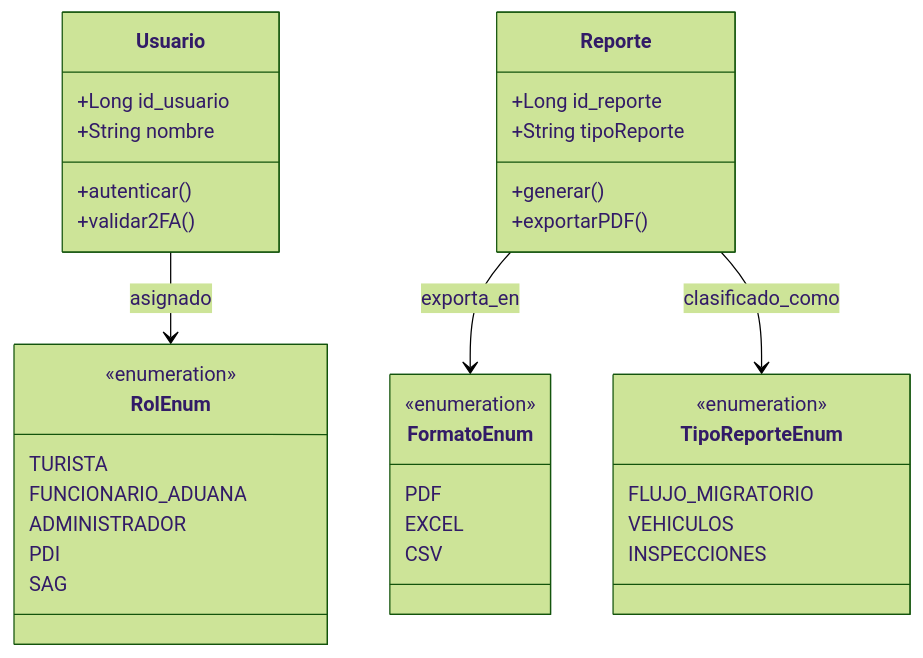
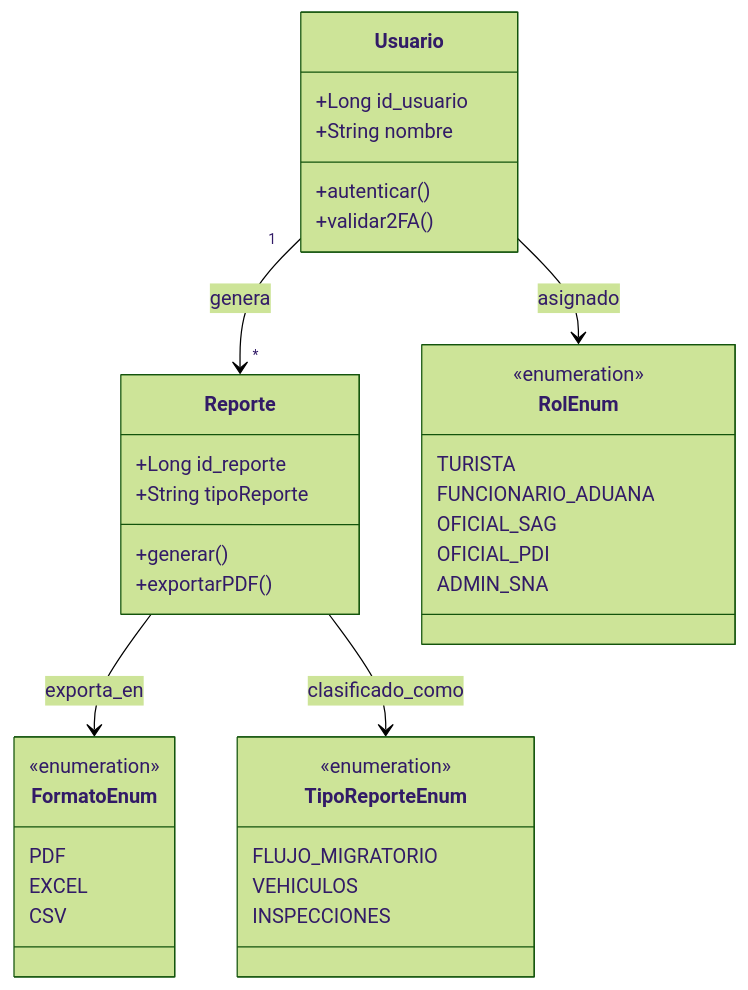
One commit to eldaridin/PrototipoXD changed the diagram in Docs/16_CLASES_MS_Reportes_Usuario.md. Above: the diagram before and after it, drawn with Mermaid (forest theme). The commit also changed other lines of this file, not shown here.

Commit message:
Revise user and report classes documentation
Updated the user and report classes documentation with corrections and added relationships.

````diff
--- a/Docs/16_CLASES_MS_Reportes_Usuario.md
+++ b/Docs/16_CLASES_MS_Reportes_Usuario.md
@@ -15,39 +19,40 @@
 ```mermaid
 classDiagram
     class Usuario {
         +Long id_usuario
         +String nombre
         +autenticar()
         +validar2FA()
     }
     class Reporte {
         +Long id_reporte
         +String tipoReporte
         +generar()
         +exportarPDF()
     }
     class RolEnum {
         <<enumeration>>
         TURISTA
         FUNCIONARIO_ADUANA
-        ADMINISTRADOR
-        PDI
-        SAG
+        OFICIAL_SAG
+        OFICIAL_PDI
+        ADMIN_SNA
     }
     class FormatoEnum {
         <<enumeration>>
         PDF
         EXCEL
         CSV
     }
     class TipoReporteEnum {
         <<enumeration>>
         FLUJO_MIGRATORIO
         VEHICULOS
         INSPECCIONES
     }
 
+    Usuario "1" --> "*" Reporte : genera
     Usuario --> RolEnum : asignado
     Reporte --> FormatoEnum : exporta_en
     Reporte --> TipoReporteEnum : clasificado_como
 ```
````
